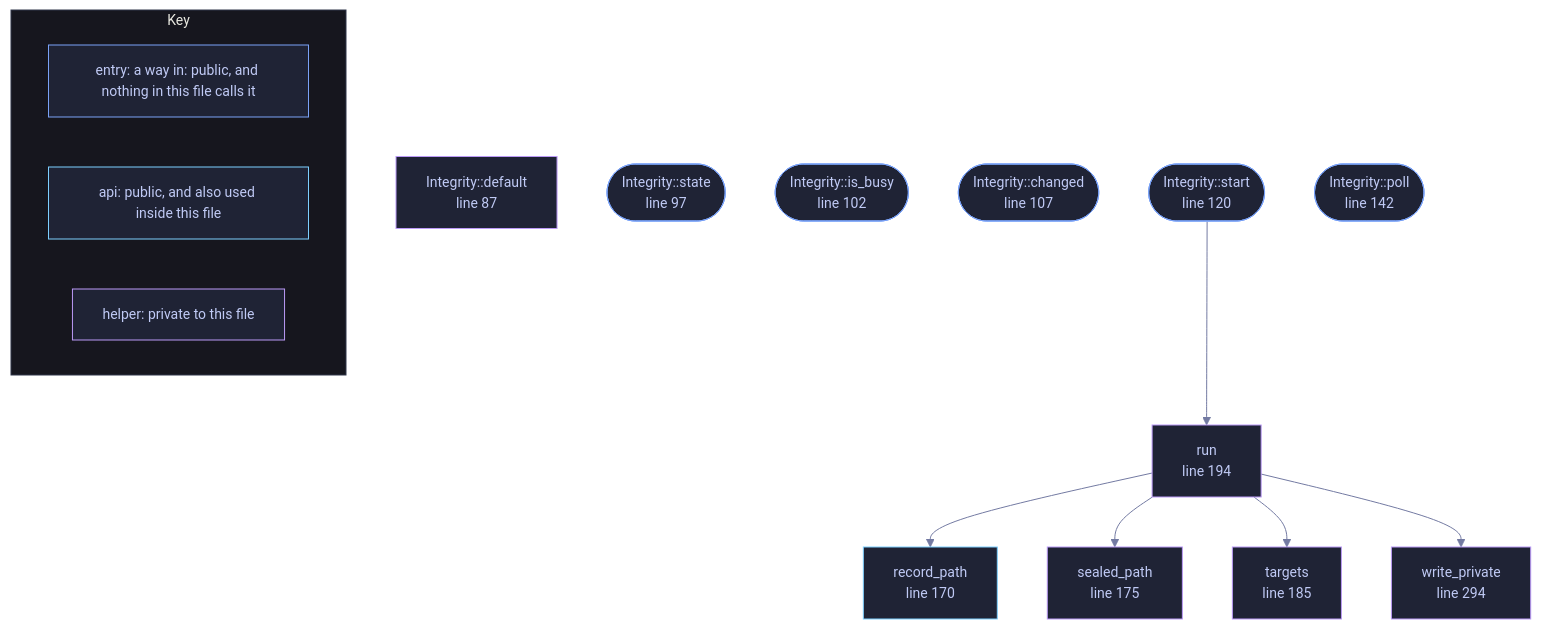
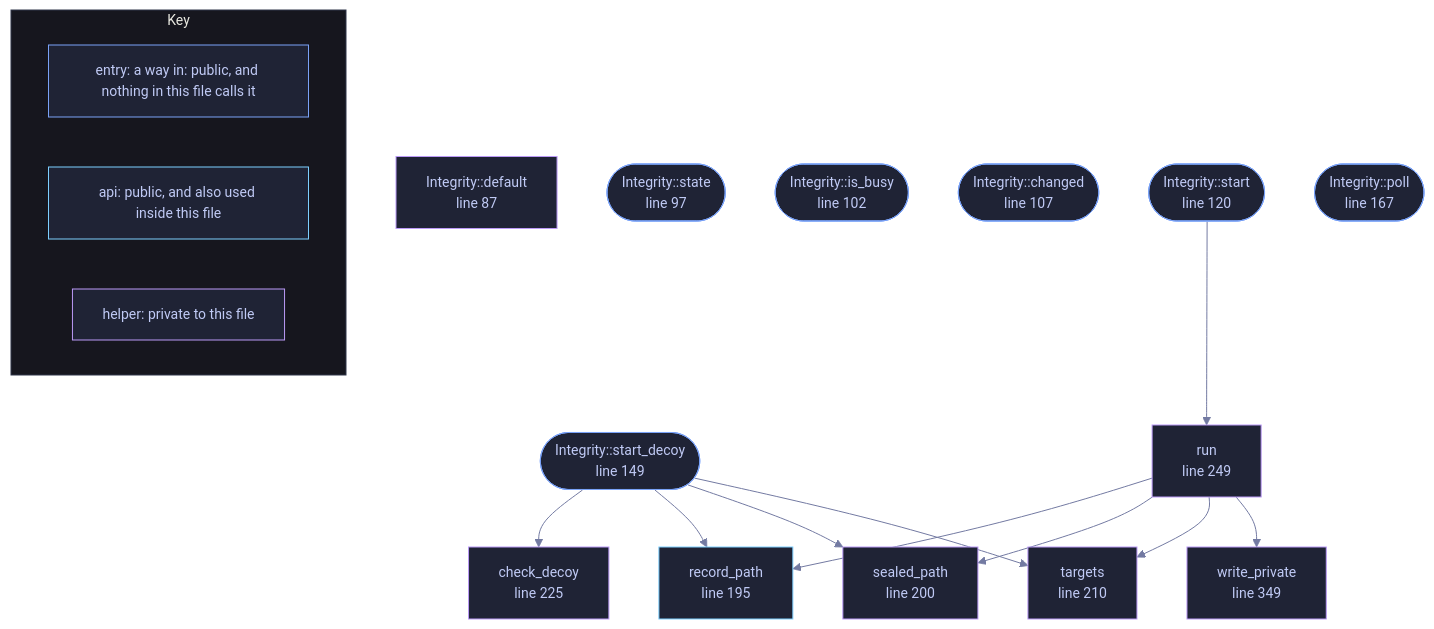
The diagram in docs/files/veilvoice-gui/integrity.md (tilas01/veilvoice), drawn with Mermaid before and after one commit. The commit also changed other lines of this file and 80 other files, not shown here.

````diff
--- a/docs/files/veilvoice-gui/integrity.md
+++ b/docs/files/veilvoice-gui/integrity.md
@@ -109,46 +111,54 @@
 ```mermaid
 %%{init: {"theme":"base","themeVariables":{"background":"#1a1b26","primaryColor":"#1f2335","primaryTextColor":"#c0caf5","primaryBorderColor":"#7aa2f7","secondaryColor":"#16161e","tertiaryColor":"#16161e","lineColor":"#737aa2","textColor":"#c0caf5","mainBkg":"#1f2335","nodeBorder":"#7aa2f7","clusterBkg":"#16161e","clusterBorder":"#2f3549","fontFamily":"ui-monospace, SFMono-Regular, Consolas, monospace","fontSize":"14px"}}}%%
 flowchart TD
     n_default["Integrity::default<br/>line 87"]
     n_state(["Integrity::state<br/>line 97"])
     n_is_busy(["Integrity::is_busy<br/>line 102"])
     n_changed(["Integrity::changed<br/>line 107"])
     n_start(["Integrity::start<br/>line 120"])
-    n_poll(["Integrity::poll<br/>line 142"])
-    n_record_path["record_path<br/>line 170"]
-    n_sealed_path["sealed_path<br/>line 175"]
-    n_targets["targets<br/>line 185"]
-    n_run["run<br/>line 194"]
-    n_write_private["write_private<br/>line 294"]
+    n_start_decoy(["Integrity::start_decoy<br/>line 149"])
+    n_poll(["Integrity::poll<br/>line 167"])
+    n_record_path["record_path<br/>line 195"]
+    n_sealed_path["sealed_path<br/>line 200"]
+    n_targets["targets<br/>line 210"]
+    n_check_decoy["check_decoy<br/>line 225"]
+    n_run["run<br/>line 249"]
+    n_write_private["write_private<br/>line 349"]
     n_run --> n_record_path
     n_run --> n_sealed_path
     n_run --> n_targets
     n_run --> n_write_private
     n_start --> n_run
+    n_start_decoy --> n_check_decoy
+    n_start_decoy --> n_record_path
+    n_start_decoy --> n_sealed_path
+    n_start_decoy --> n_targets
     click n_default href "https://github.com/tilas01/veilvoice/blob/main/crates/veilvoice-gui/src/integrity.rs#L87" "open the source"
     click n_state href "https://github.com/tilas01/veilvoice/blob/main/crates/veilvoice-gui/src/integrity.rs#L97" "open the source"
     click n_is_busy href "https://github.com/tilas01/veilvoice/blob/main/crates/veilvoice-gui/src/integrity.rs#L102" "open the source"
     click n_changed href "https://github.com/tilas01/veilvoice/blob/main/crates/veilvoice-gui/src/integrity.rs#L107" "open the source"
     click n_start href "https://github.com/tilas01/veilvoice/blob/main/crates/veilvoice-gui/src/integrity.rs#L120" "open the source"
-    click n_poll href "https://github.com/tilas01/veilvoice/blob/main/crates/veilvoice-gui/src/integrity.rs#L142" "open the source"
-    click n_record_path href "https://github.com/tilas01/veilvoice/blob/main/crates/veilvoice-gui/src/integrity.rs#L170" "open the source"
-    click n_sealed_path href "https://github.com/tilas01/veilvoice/blob/main/crates/veilvoice-gui/src/integrity.rs#L175" "open the source"
-    click n_targets href "https://github.com/tilas01/veilvoice/blob/main/crates/veilvoice-gui/src/integrity.rs#L185" "open the source"
-    click n_run href "https://github.com/tilas01/veilvoice/blob/main/crates/veilvoice-gui/src/integrity.rs#L194" "open the source"
-    click n_write_private href "https://github.com/tilas01/veilvoice/blob/main/crates/veilvoice-gui/src/integrity.rs#L294" "open the source"
+    click n_start_decoy href "https://github.com/tilas01/veilvoice/blob/main/crates/veilvoice-gui/src/integrity.rs#L149" "open the source"
+    click n_poll href "https://github.com/tilas01/veilvoice/blob/main/crates/veilvoice-gui/src/integrity.rs#L167" "open the source"
+    click n_record_path href "https://github.com/tilas01/veilvoice/blob/main/crates/veilvoice-gui/src/integrity.rs#L195" "open the source"
+    click n_sealed_path href "https://github.com/tilas01/veilvoice/blob/main/crates/veilvoice-gui/src/integrity.rs#L200" "open the source"
+    click n_targets href "https://github.com/tilas01/veilvoice/blob/main/crates/veilvoice-gui/src/integrity.rs#L210" "open the source"
+    click n_check_decoy href "https://github.com/tilas01/veilvoice/blob/main/crates/veilvoice-gui/src/integrity.rs#L225" "open the source"
+    click n_run href "https://github.com/tilas01/veilvoice/blob/main/crates/veilvoice-gui/src/integrity.rs#L249" "open the source"
+    click n_write_private href "https://github.com/tilas01/veilvoice/blob/main/crates/veilvoice-gui/src/integrity.rs#L349" "open the source"
     classDef entry fill:#1f2335,stroke:#7aa2f7,color:#c0caf5
-    class n_state,n_is_busy,n_changed,n_start,n_poll entry
+    class n_state,n_is_busy,n_changed,n_start,n_start_decoy,n_poll entry
     classDef api fill:#1f2335,stroke:#7dcfff,color:#c0caf5
     class n_record_path api
     classDef helper fill:#1f2335,stroke:#bb9af7,color:#c0caf5
-    class n_default,n_sealed_path,n_targets,n_run,n_write_private helper
+    class n_default,n_sealed_path,n_targets,n_check_decoy,n_run,n_write_private helper
     subgraph chart_key ["Key"]
         direction LR
         key_entry["entry: a way in: public, and nothing in this file calls it"]
         key_api["api: public, and also used inside this file"]
         key_helper["helper: private to this file"]
     end
     class key_entry entry
     class key_api api
     class key_helper helper
 ```
````
